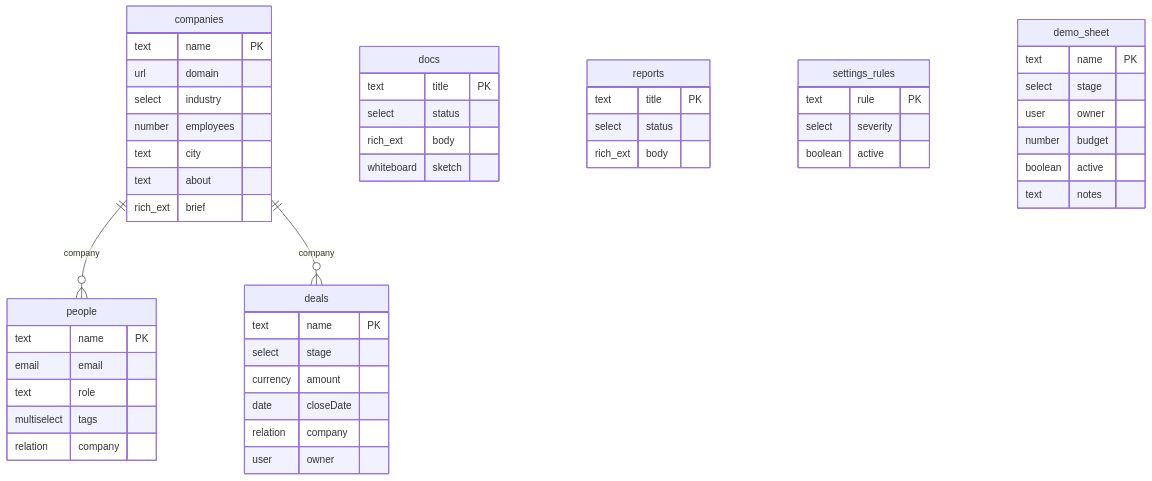
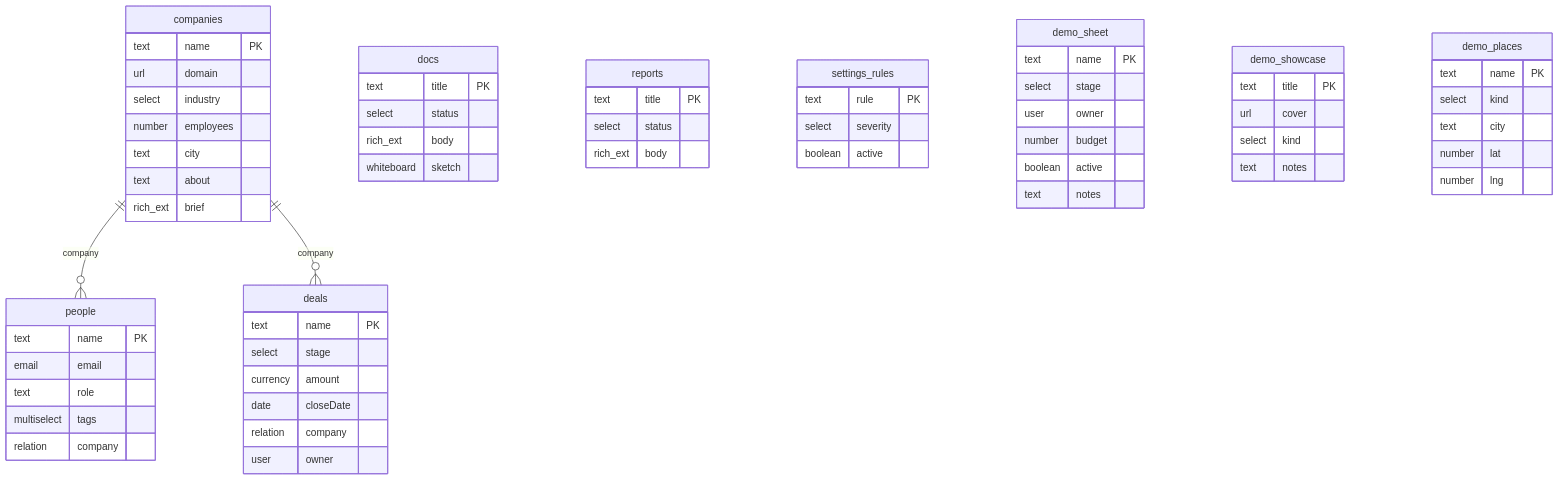
The diagram in docs/DATA-MODEL.md (achammah/nexus-app-starter), drawn with Mermaid before and after one commit. The commit also changed other lines of this file and 20 other files, not shown here.

````diff
--- a/docs/DATA-MODEL.md
+++ b/docs/DATA-MODEL.md
@@ -7,53 +7,66 @@
 ```mermaid
 erDiagram
   companies {
     text name "PK"
     url domain
     select industry
     number employees
     text city
     text about
     rich_ext brief
   }
   people {
     text name "PK"
     email email
     text role
     multiselect tags
     relation company
   }
   deals {
     text name "PK"
     select stage
     currency amount
     date closeDate
     relation company
     user owner
   }
   docs {
     text title "PK"
     select status
     rich_ext body
     whiteboard sketch
   }
   reports {
     text title "PK"
     select status
     rich_ext body
   }
   settings_rules {
     text rule "PK"
     select severity
     boolean active
   }
   demo_sheet {
     text name "PK"
     select stage
     user owner
     number budget
     boolean active
     text notes
   }
+  demo_showcase {
+    text title "PK"
+    url cover
+    select kind
+    text notes
+  }
+  demo_places {
+    text name "PK"
+    select kind
+    text city
+    number lat
+    number lng
+  }
   companies ||--o{ people : "company"
   companies ||--o{ deals : "company"
 ```
````
